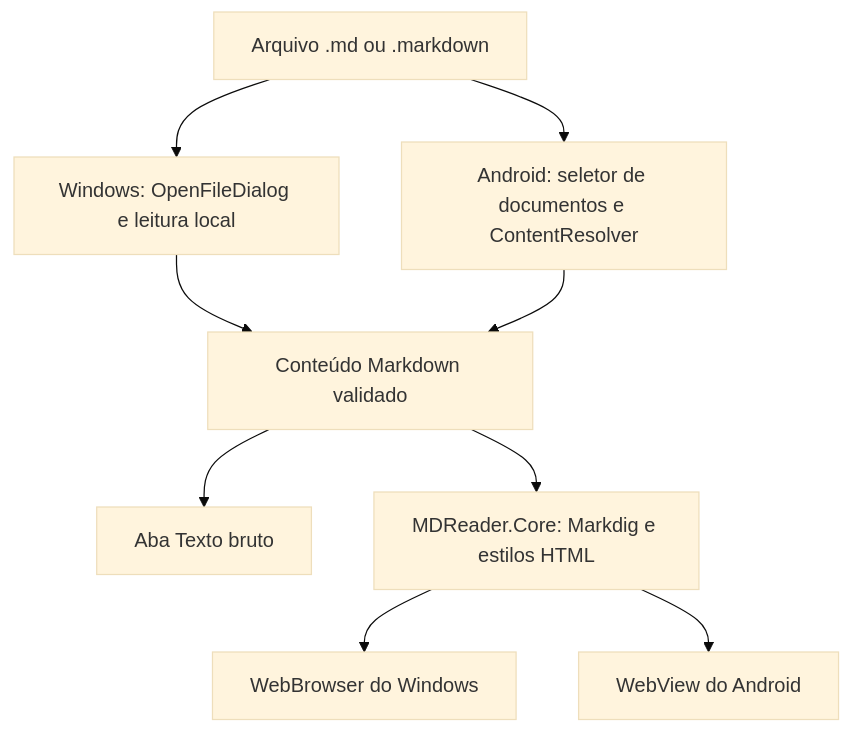
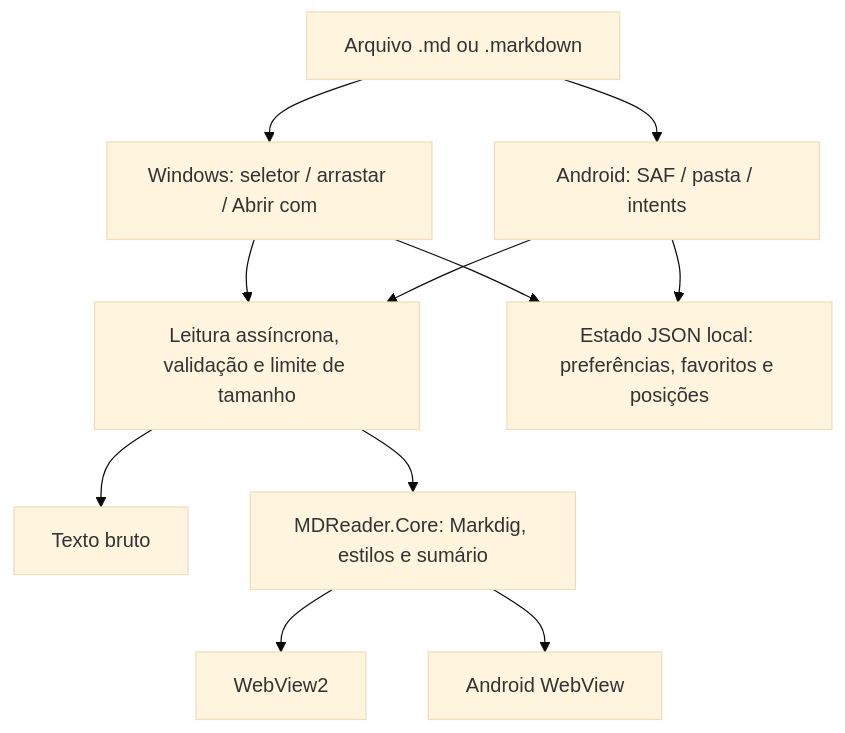
The diagram in README.md (PedroHda/MDReader), drawn with Mermaid (base theme) before and after one commit. The commit also changed other lines of this file and 46 other files, not shown here.

First line of the commit message:
feat: upgrade Markdown reader with navigation and reading preferences

````diff
--- a/README.md
+++ b/README.md
@@ -357,11 +147,13 @@
 ```mermaid
 flowchart TD
-    File["Arquivo .md ou .markdown"] --> Windows["Windows: OpenFileDialog e leitura local"]
-    File --> Android["Android: seletor de documentos e ContentResolver"]
-    Windows --> Source["Conteúdo Markdown validado"]
-    Android --> Source
-    Source --> Raw["Aba Texto bruto"]
-    Source --> Renderer["MDReader.Core: Markdig e estilos HTML"]
-    Renderer --> Desktop["WebBrowser do Windows"]
-    Renderer --> Mobile["WebView do Android"]
+    File["Arquivo .md ou .markdown"] --> Windows["Windows: seletor / arrastar / Abrir com"]
+    File --> Android["Android: SAF / pasta / intents"]
+    Windows --> Reader["Leitura assíncrona, validação e limite de tamanho"]
+    Android --> Reader
+    Reader --> Raw["Texto bruto"]
+    Reader --> Core["MDReader.Core: Markdig, estilos e sumário"]
+    Core --> Desktop["WebView2"]
+    Core --> Mobile["Android WebView"]
+    Windows --> State["Estado JSON local: preferências, favoritos e posições"]
+    Android --> State
 ```
````
